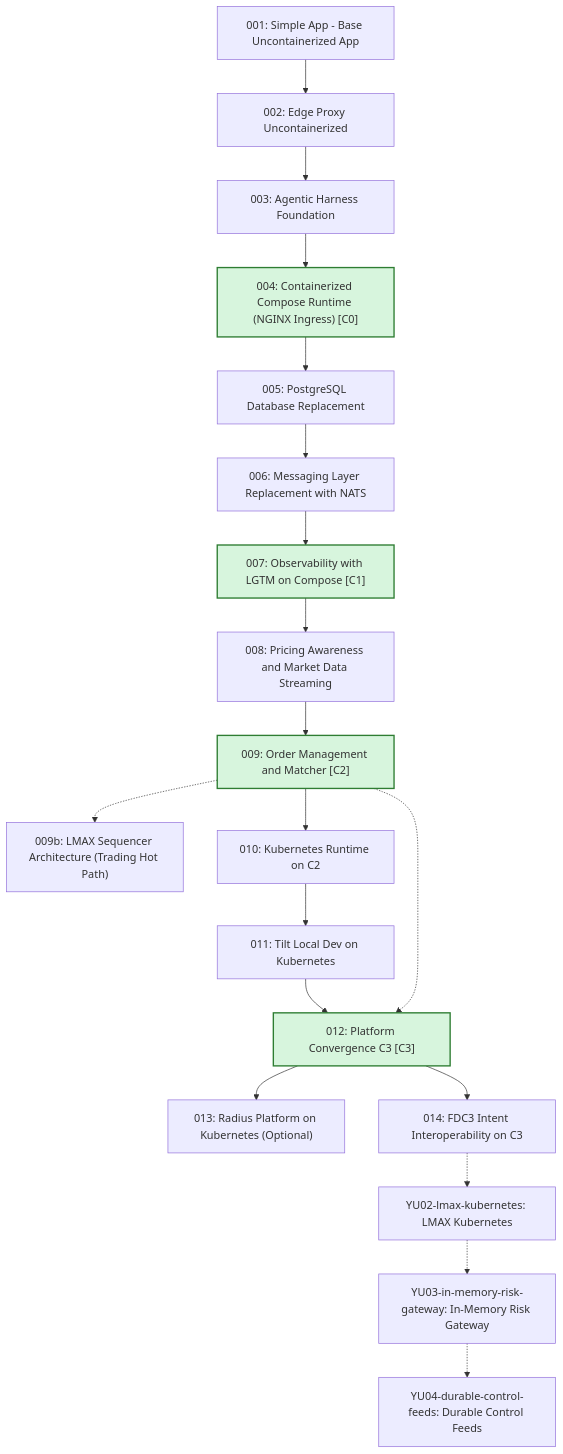
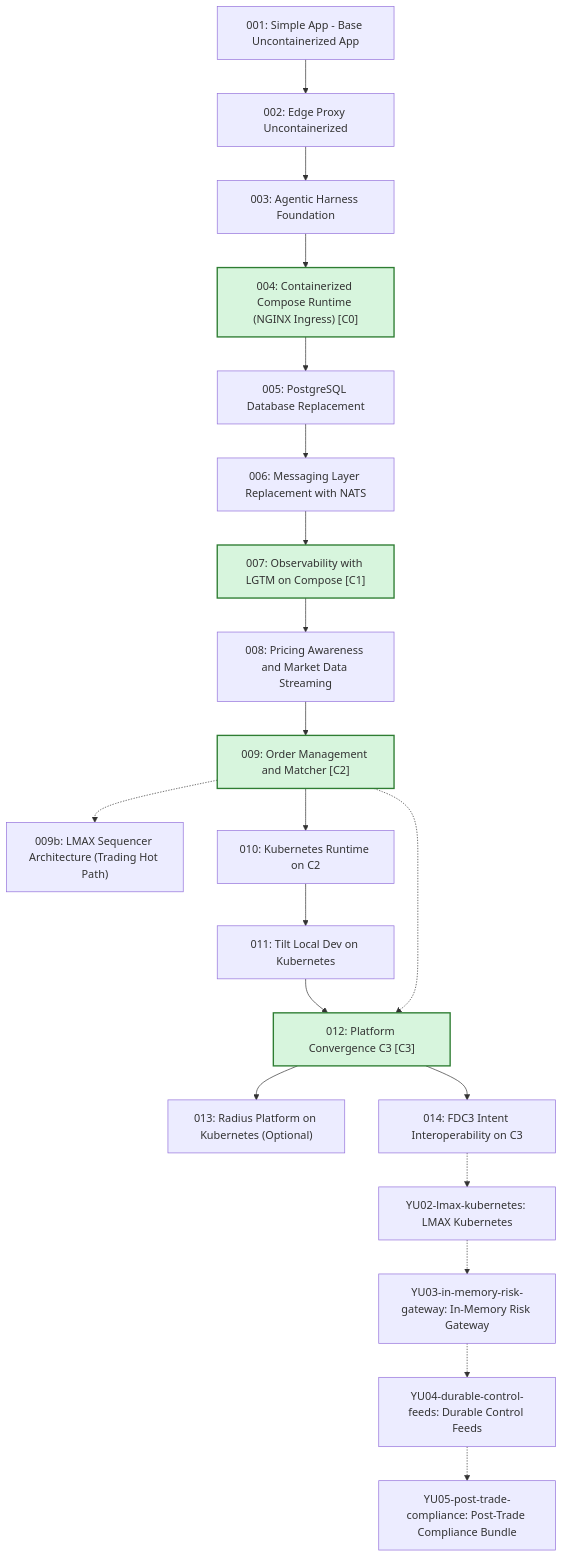
One commit to YU-CS-Summer-2026-Distributed-TraderX/traderX changed the second of 3 diagrams in docs/learning-paths/index.md. Above: the diagram before and after it, drawn with Mermaid. The commit also changed other lines of this file and 3 other files, not shown here.

````diff
--- a/docs/learning-paths/index.md
+++ b/docs/learning-paths/index.md
@@ -36,62 +36,65 @@
 ```mermaid
 flowchart TB
   S001_baseline_uncontainerized_parity["001: Simple App - Base Uncontainerized App"]
   S002_edge_proxy_uncontainerized["002: Edge Proxy Uncontainerized"]
   S003_agentic_harness_foundation["003: Agentic Harness Foundation"]
   S004_containerized_compose_runtime["004: Containerized Compose Runtime (NGINX Ingress) [C0]"]
   S005_postgres_database_replacement["005: PostgreSQL Database Replacement"]
   S006_messaging_nats_replacement["006: Messaging Layer Replacement with NATS"]
   S007_observability_lgtm_compose["007: Observability with LGTM on Compose [C1]"]
   S008_pricing_awareness_market_data["008: Pricing Awareness and Market Data Streaming"]
   S009_order_management_matcher["009: Order Management and Matcher [C2]"]
   S009b_lmax_sequencer_architecture["009b: LMAX Sequencer Architecture (Trading Hot Path)"]
   S010_kubernetes_runtime["010: Kubernetes Runtime on C2"]
   S011_tilt_kubernetes_dev_loop["011: Tilt Local Dev on Kubernetes"]
   S012_platform_convergence_c3["012: Platform Convergence C3 [C3]"]
   S013_radius_kubernetes_platform["013: Radius Platform on Kubernetes (Optional)"]
   S014_fdc3_intent_interoperability["014: FDC3 Intent Interoperability on C3"]
   SYU02_lmax_kubernetes["YU02-lmax-kubernetes: LMAX Kubernetes"]
   SYU03_in_memory_risk_gateway["YU03-in-memory-risk-gateway: In-Memory Risk Gateway"]
   SYU04_durable_control_feeds["YU04-durable-control-feeds: Durable Control Feeds"]
+  SYU05_post_trade_compliance["YU05-post-trade-compliance: Post-Trade Compliance Bundle"]
   S001_baseline_uncontainerized_parity --> S002_edge_proxy_uncontainerized
   S002_edge_proxy_uncontainerized --> S003_agentic_harness_foundation
   S003_agentic_harness_foundation --> S004_containerized_compose_runtime
   S004_containerized_compose_runtime --> S005_postgres_database_replacement
   S005_postgres_database_replacement --> S006_messaging_nats_replacement
   S006_messaging_nats_replacement --> S007_observability_lgtm_compose
   S007_observability_lgtm_compose --> S008_pricing_awareness_market_data
   S008_pricing_awareness_market_data --> S009_order_management_matcher
   S009_order_management_matcher -.-> S009b_lmax_sequencer_architecture
   S009_order_management_matcher --> S010_kubernetes_runtime
   S010_kubernetes_runtime --> S011_tilt_kubernetes_dev_loop
   S011_tilt_kubernetes_dev_loop --> S012_platform_convergence_c3
   S012_platform_convergence_c3 --> S013_radius_kubernetes_platform
   S012_platform_convergence_c3 --> S014_fdc3_intent_interoperability
   S014_fdc3_intent_interoperability -.-> SYU02_lmax_kubernetes
   SYU02_lmax_kubernetes -.-> SYU03_in_memory_risk_gateway
   SYU03_in_memory_risk_gateway -.-> SYU04_durable_control_feeds
+  SYU04_durable_control_feeds -.-> SYU05_post_trade_compliance
   S009_order_management_matcher -.-> S012_platform_convergence_c3
   click S001_baseline_uncontainerized_parity href "/specs/baseline-uncontainerized-parity" "Open State 001 Spec Pack"
   click S002_edge_proxy_uncontainerized href "/specs/edge-proxy-uncontainerized" "Open State 002 Spec Pack"
   click S003_agentic_harness_foundation href "/specs/agentic-harness-foundation" "Open State 003 Spec Pack"
   click S004_containerized_compose_runtime href "/specs/containerized-compose-runtime" "Open State 004 Spec Pack"
   click S005_postgres_database_replacement href "/specs/postgres-database-replacement" "Open State 005 Spec Pack"
   click S006_messaging_nats_replacement href "/specs/messaging-nats-replacement" "Open State 006 Spec Pack"
   click S007_observability_lgtm_compose href "/specs/observability-lgtm-compose" "Open State 007 Spec Pack"
   click S008_pricing_awareness_market_data href "/specs/pricing-awareness-market-data" "Open State 008 Spec Pack"
   click S009_order_management_matcher href "/specs/order-management-matcher" "Open State 009 Spec Pack"
   click S009b_lmax_sequencer_architecture href "/specs/lmax-sequencer-architecture" "Open State 009b Spec Pack"
   click S010_kubernetes_runtime href "/specs/kubernetes-runtime" "Open State 010 Spec Pack"
   click S011_tilt_kubernetes_dev_loop href "/specs/tilt-kubernetes-dev-loop" "Open State 011 Spec Pack"
   click S012_platform_convergence_c3 href "/specs/platform-convergence-c3" "Open State 012 Spec Pack"
   click S013_radius_kubernetes_platform href "/specs/radius-kubernetes-platform" "Open State 013 Spec Pack"
   click S014_fdc3_intent_interoperability href "/specs/fdc3-intent-interoperability" "Open State 014 Spec Pack"
   click SYU02_lmax_kubernetes href "/specs/YU02-lmax-kubernetes" "Open State YU02-lmax-kubernetes Spec Pack"
   click SYU03_in_memory_risk_gateway href "/specs/YU03-in-memory-risk-gateway" "Open State YU03-in-memory-risk-gateway Spec Pack"
   click SYU04_durable_control_feeds href "/specs/YU04-durable-control-feeds" "Open State YU04-durable-control-feeds Spec Pack"
+  click SYU05_post_trade_compliance href "/specs/YU05-post-trade-compliance" "Open State YU05-post-trade-compliance Spec Pack"
   classDef convergence fill:#d7f5dd,stroke:#2e7d32,stroke-width:2px
   class S004_containerized_compose_runtime convergence
   class S007_observability_lgtm_compose convergence
   class S009_order_management_matcher convergence
   class S012_platform_convergence_c3 convergence
 ```
````
